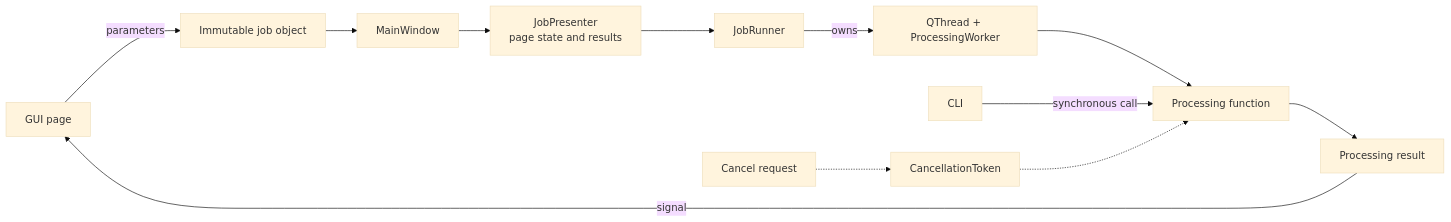
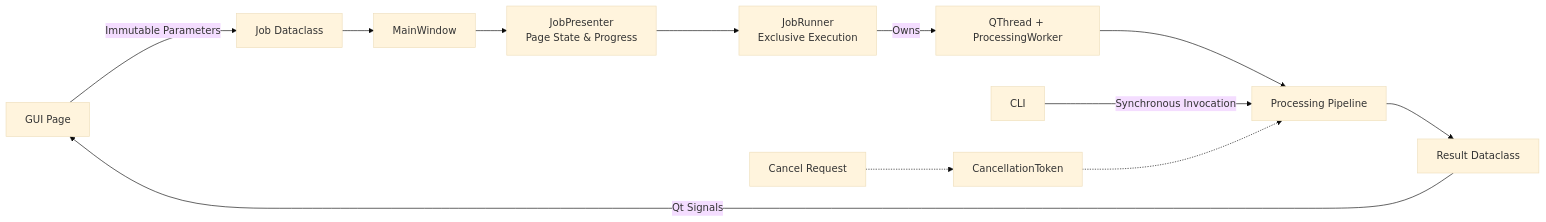
The second of 3 diagrams in docs/en/architecture.md (ChouChiu/Purivox), drawn with Mermaid (base theme) before and after one commit. The commit also changed other lines of this file and 15 other files, not shown here.

````diff
--- a/docs/en/architecture.md
+++ b/docs/en/architecture.md
@@ -102,14 +54,14 @@
 ```mermaid
 flowchart LR
-    page["GUI page"] -->|parameters| job["Immutable job object"]
+    page["GUI Page"] -->|Immutable Parameters| job["Job Dataclass"]
     job --> window["MainWindow"]
-    window --> presenter["JobPresenter<br/>page state and results"]
-    presenter --> runner["JobRunner"]
-    runner -->|owns| worker["QThread + ProcessingWorker"]
-    worker --> pipeline["Processing function"]
-    cli["CLI"] -->|synchronous call| pipeline
-    pipeline --> result["Processing result"]
-    result -->|signal| page
-    cancel["Cancel request"] -.-> token["CancellationToken"]
+    window --> presenter["JobPresenter<br/>Page State & Progress"]
+    presenter --> runner["JobRunner<br/>Exclusive Execution"]
+    runner -->|Owns| worker["QThread + ProcessingWorker"]
+    worker --> pipeline["Processing Pipeline"]
+    cli["CLI"] -->|Synchronous Invocation| pipeline
+    pipeline --> result["Result Dataclass"]
+    result -->|Qt Signals| page
+    cancel["Cancel Request"] -.-> token["CancellationToken"]
     token -.-> pipeline
 ```
````
